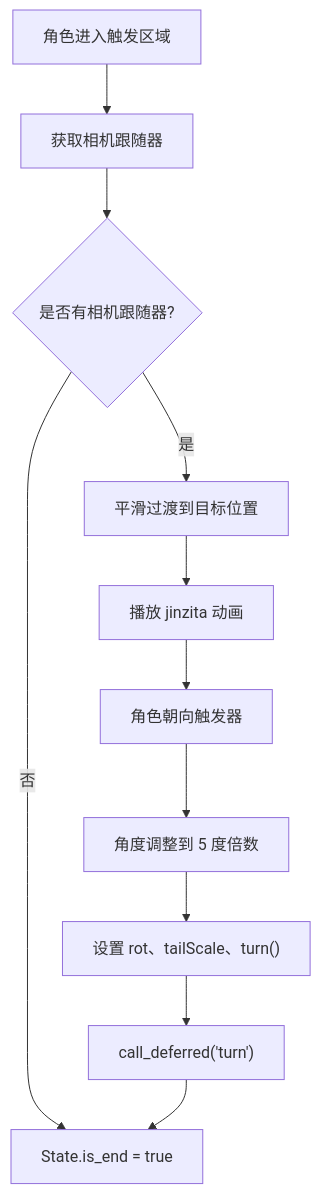
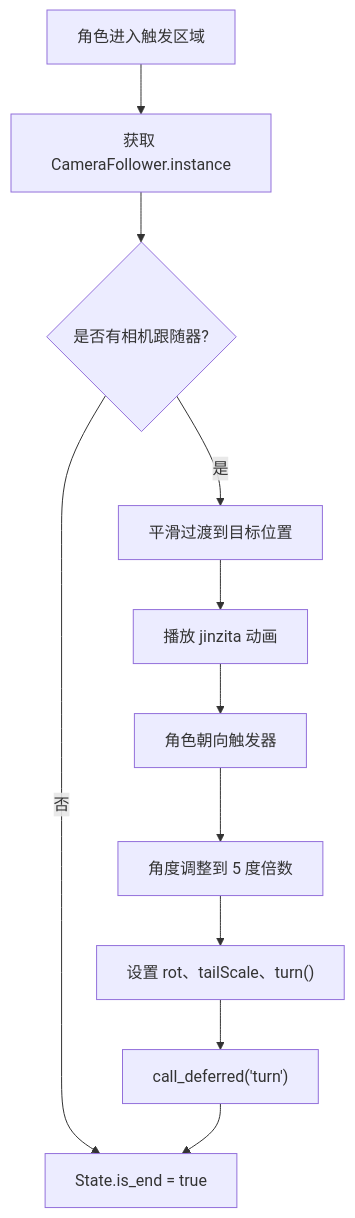
Before and after one commit to godotline/godot-line: diagram 11 of 13 in .qoder/repowiki/zh/content/游戏系统/触发器系统/触发器系统.md, drawn with Mermaid. The commit also changed other lines of this file and 44 other files, not shown here.

````diff
--- a/.qoder/repowiki/zh/content/游戏系统/触发器系统/触发器系统.md
+++ b/.qoder/repowiki/zh/content/游戏系统/触发器系统/触发器系统.md
@@ -846,13 +905,13 @@
 ```mermaid
 flowchart TD
-Enter["角色进入触发区域"] --> GetCamera["获取相机跟随器"]
+Enter["角色进入触发区域"] --> GetCamera["获取 CameraFollower.instance"]
 GetCamera --> CheckCamera{"是否有相机跟随器?"}
 CheckCamera --> |否| SetEnd["State.is_end = true"]
 CheckCamera --> |是| LerpCamera["平滑过渡到目标位置"]
 LerpCamera --> PlayAnim["播放 jinzita 动画"]
 PlayAnim --> LookAt["角色朝向触发器"]
 LookAt --> RoundAngle["角度调整到 5 度倍数"]
 RoundAngle --> SetFlags["设置 rot、tailScale、turn()"]
 SetFlags --> CallDeferred["call_deferred('turn')"]
 CallDeferred --> SetEnd
 ```
````
